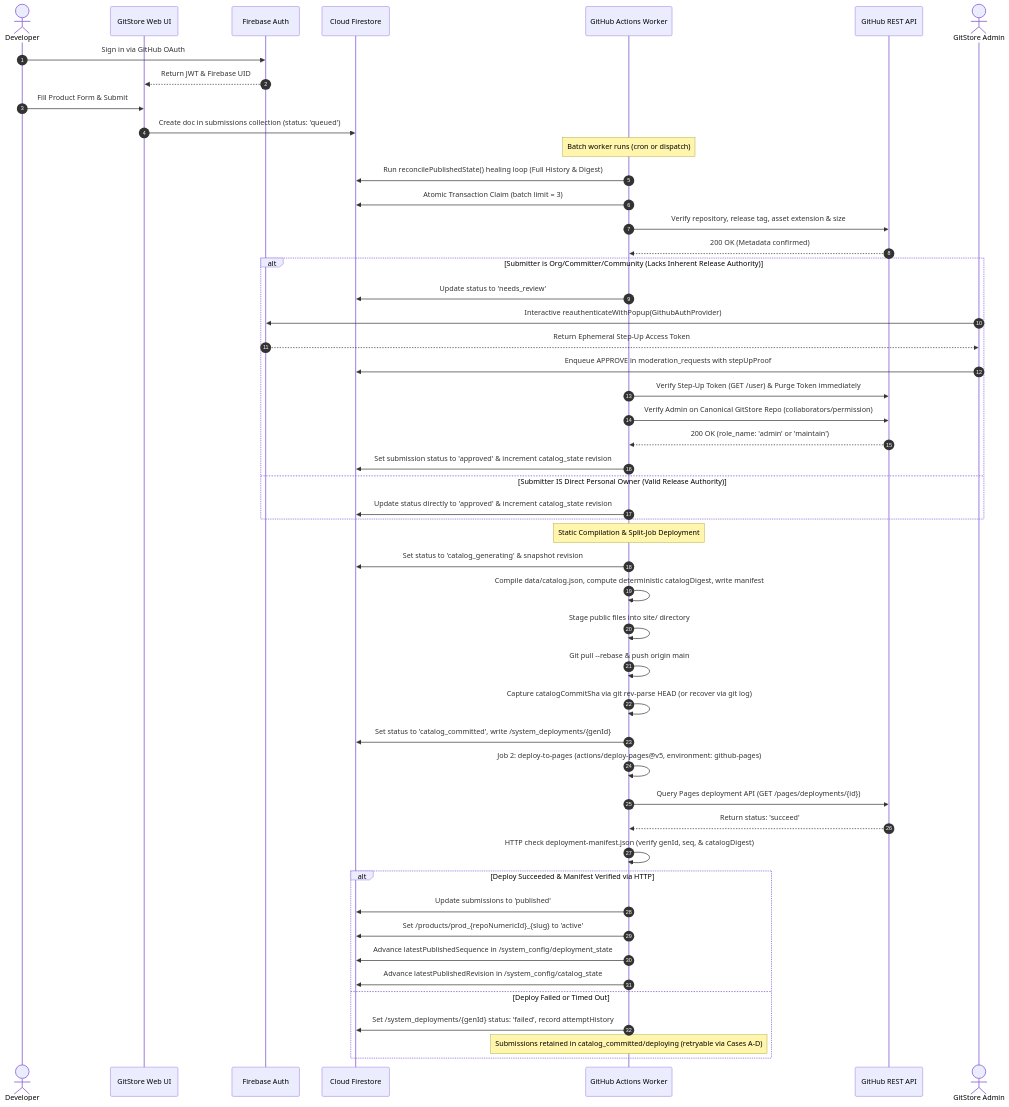
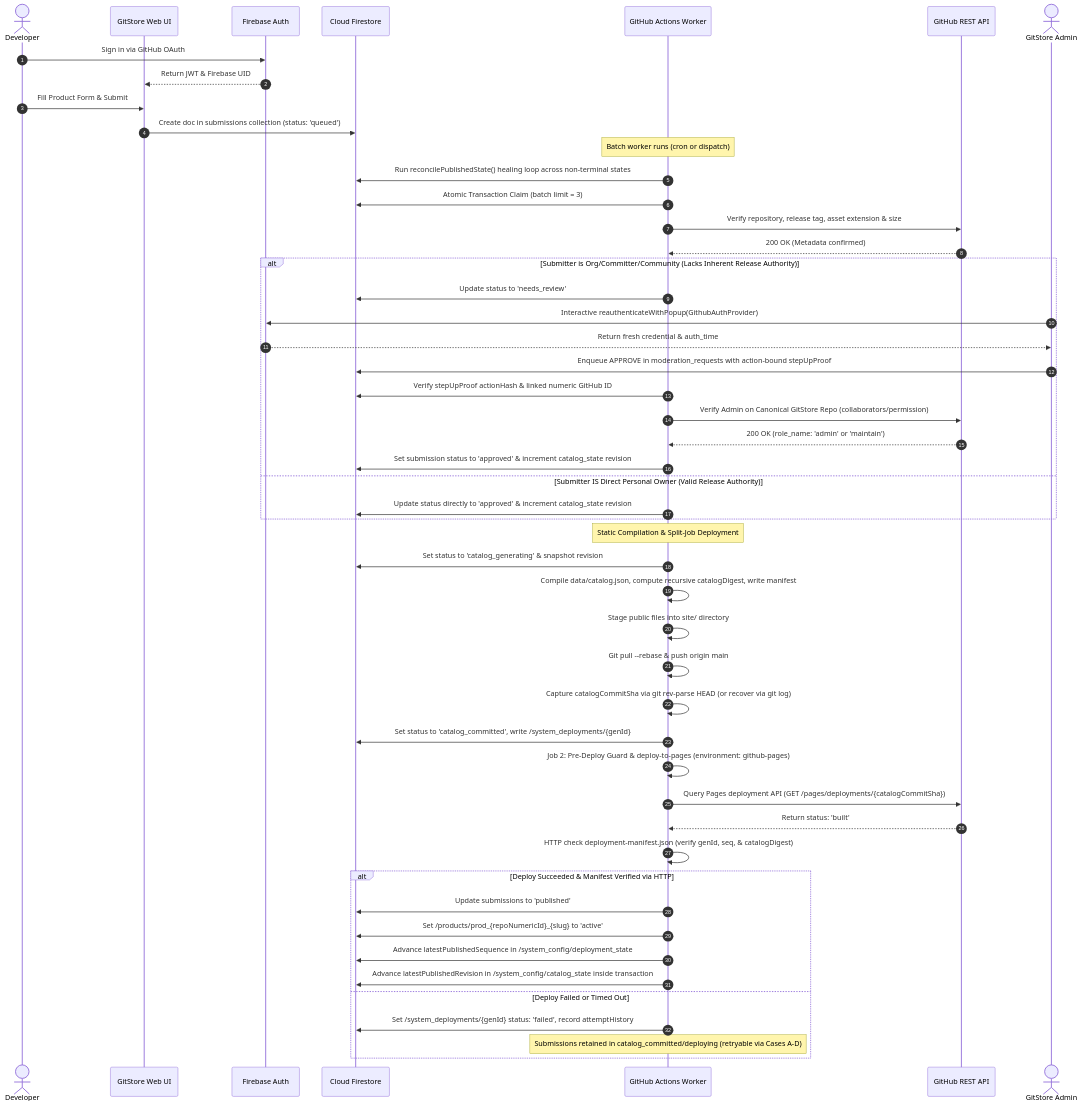
The third of 5 diagrams in docs/SDD.md (Rohitpvt/GitStore), drawn with Mermaid before and after one commit. The commit also changed other lines of this file and 13 other files, not shown here.

Commit message:
chore(phase-0.1.6): step-up proof integrity, firestore rules and deployment reconciliation audit

````diff
--- a/docs/SDD.md
+++ b/docs/SDD.md
@@ -126,53 +125,53 @@
 ```mermaid
 sequenceDiagram
     autonumber
     actor Dev as Developer
     participant Client as GitStore Web UI
     participant Auth as Firebase Auth
     participant DB as Cloud Firestore
     participant Worker as GitHub Actions Worker
     participant GHAPI as GitHub REST API
     actor Admin as GitStore Admin
 
     Dev->>Auth: Sign in via GitHub OAuth
     Auth-->>Client: Return JWT & Firebase UID
     Dev->>Client: Fill Product Form & Submit
     Client->>DB: Create doc in submissions collection (status: 'queued')
     Note over Worker: Batch worker runs (cron or dispatch)
-    Worker->>DB: Run reconcilePublishedState() healing loop (Full History & Digest)
+    Worker->>DB: Run reconcilePublishedState() healing loop across non-terminal states
     Worker->>DB: Atomic Transaction Claim (batch limit = 3)
     Worker->>GHAPI: Verify repository, release tag, asset extension & size
     GHAPI-->>Worker: 200 OK (Metadata confirmed)
     alt Submitter is Org/Committer/Community (Lacks Inherent Release Authority)
         Worker->>DB: Update status to 'needs_review'
         Admin->>Auth: Interactive reauthenticateWithPopup(GithubAuthProvider)
-        Auth-->>Admin: Return Ephemeral Step-Up Access Token
-        Admin->>DB: Enqueue APPROVE in moderation_requests with stepUpProof
-        Worker->>GHAPI: Verify Step-Up Token (GET /user) & Purge Token immediately
+        Auth-->>Admin: Return fresh credential & auth_time
+        Admin->>DB: Enqueue APPROVE in moderation_requests with action-bound stepUpProof
+        Worker->>DB: Verify stepUpProof actionHash & linked numeric GitHub ID
         Worker->>GHAPI: Verify Admin on Canonical GitStore Repo (collaborators/permission)
         GHAPI-->>Worker: 200 OK (role_name: 'admin' or 'maintain')
         Worker->>DB: Set submission status to 'approved' & increment catalog_state revision
     else Submitter IS Direct Personal Owner (Valid Release Authority)
         Worker->>DB: Update status directly to 'approved' & increment catalog_state revision
     end
     Note over Worker: Static Compilation & Split-Job Deployment
     Worker->>DB: Set status to 'catalog_generating' & snapshot revision
-    Worker->>Worker: Compile data/catalog.json, compute deterministic catalogDigest, write manifest
+    Worker->>Worker: Compile data/catalog.json, compute recursive catalogDigest, write manifest
     Worker->>Worker: Stage public files into site/ directory
     Worker->>Worker: Git pull --rebase & push origin main
     Worker->>Worker: Capture catalogCommitSha via git rev-parse HEAD (or recover via git log)
     Worker->>DB: Set status to 'catalog_committed', write /system_deployments/{genId}
-    Worker->>Worker: Job 2: deploy-to-pages (actions/deploy-pages@v5, environment: github-pages)
-    Worker->>GHAPI: Query Pages deployment API (GET /pages/deployments/{id})
-    GHAPI-->>Worker: Return status: 'succeed'
+    Worker->>Worker: Job 2: Pre-Deploy Guard & deploy-to-pages (environment: github-pages)
+    Worker->>GHAPI: Query Pages deployment API (GET /pages/deployments/{catalogCommitSha})
+    GHAPI-->>Worker: Return status: 'built'
     Worker->>Worker: HTTP check deployment-manifest.json (verify genId, seq, & catalogDigest)
     alt Deploy Succeeded & Manifest Verified via HTTP
         Worker->>DB: Update submissions to 'published'
         Worker->>DB: Set /products/prod_{repoNumericId}_{slug} to 'active'
         Worker->>DB: Advance latestPublishedSequence in /system_config/deployment_state
-        Worker->>DB: Advance latestPublishedRevision in /system_config/catalog_state
+        Worker->>DB: Advance latestPublishedRevision in /system_config/catalog_state inside transaction
     else Deploy Failed or Timed Out
         Worker->>DB: Set /system_deployments/{genId} status: 'failed', record attemptHistory
         Note over Worker: Submissions retained in catalog_committed/deploying (retryable via Cases A-D)
     end
 ```
````
